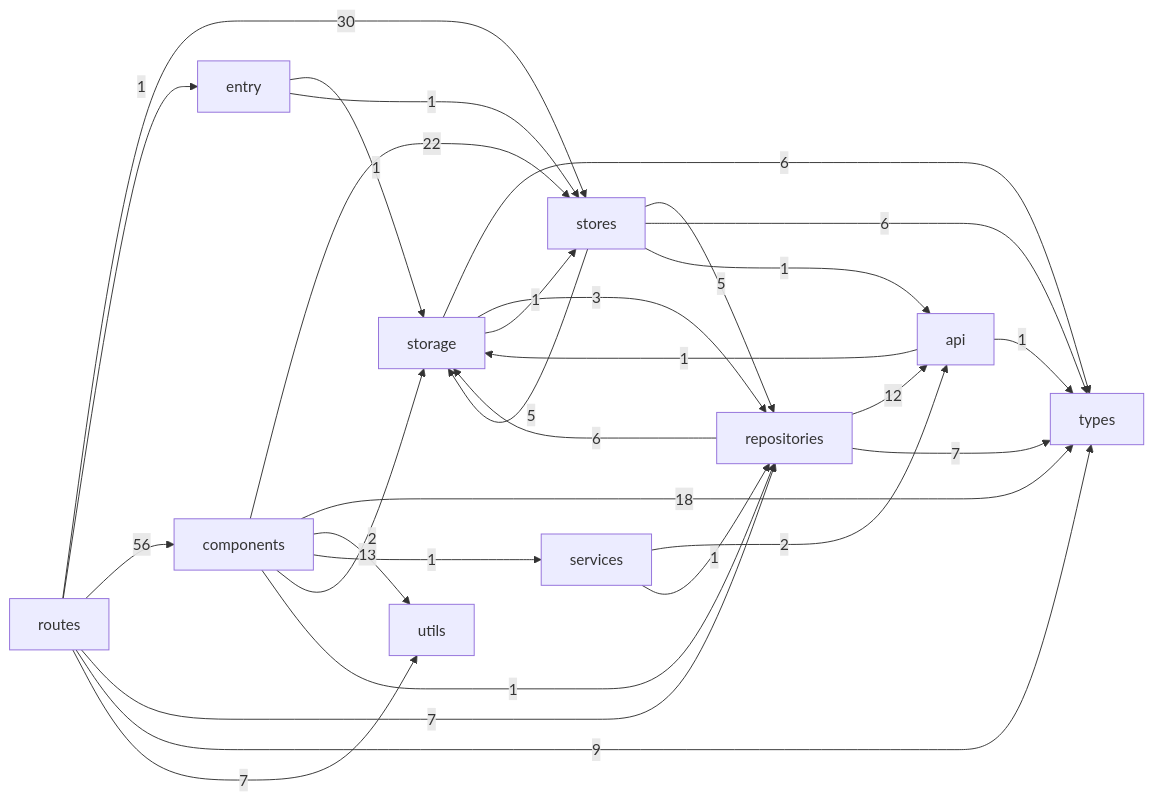
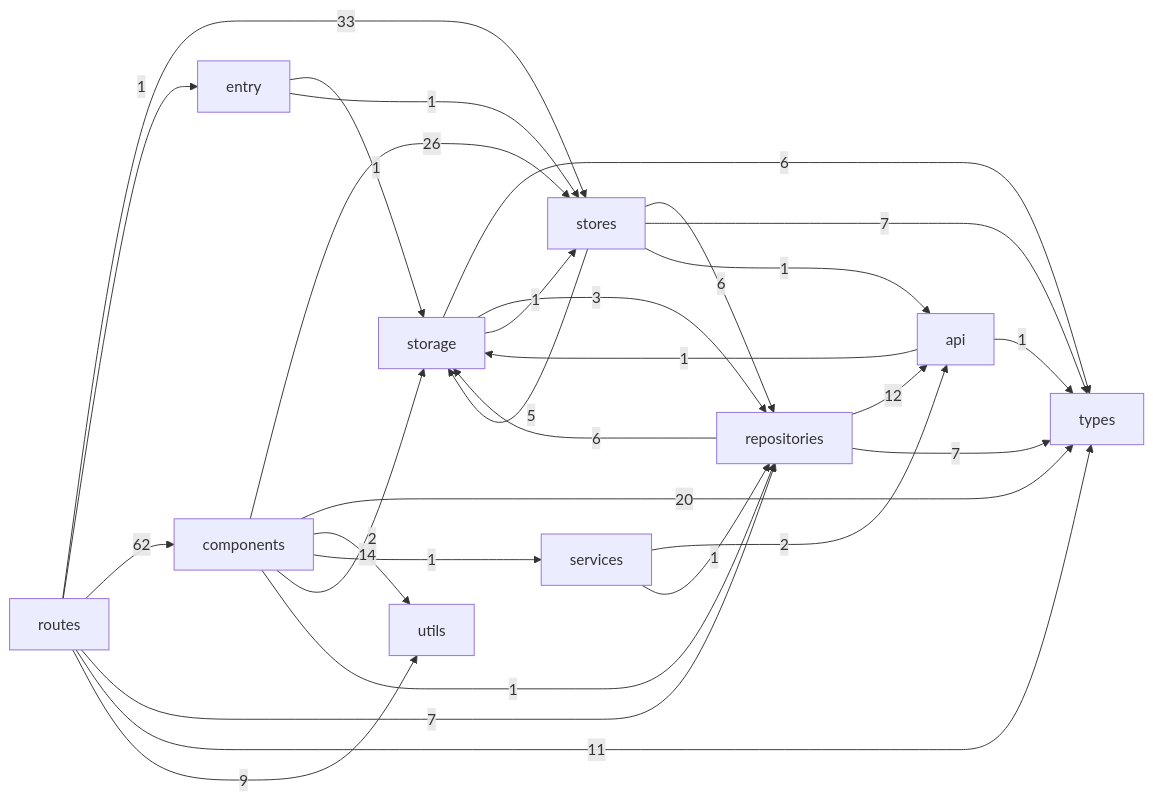
One commit to surajfale/notes-tasks changed the second of 2 diagrams in docs/CODEBASE_GRAPH.md. Above: the diagram before and after it, drawn with Mermaid. The commit also changed other lines of this file, not shown here.

Commit message:
Regenerate codebase graph after persona feature work
Reflects the new files added across both rounds of the UI persona
feature (personaCopy.js on the backend; persona.ts, viewLayout.ts,
CommandPalette, FocusShortcutHint, PersonaOnboarding, PersonaPicker,
ViewLayoutToggle on the frontend). No new layer edges or hub-file
changes — growth only.

Claude-Session: https://claude.ai/code/session_01MpJP4LsJKqEFpVXMtMxcc3

````diff
--- a/docs/CODEBASE_GRAPH.md
+++ b/docs/CODEBASE_GRAPH.md
@@ -49,31 +49,31 @@
 ```mermaid
 flowchart LR
     entry["entry"] -->|1| storage["storage"]
     entry["entry"] -->|1| stores["stores"]
     api["api"] -->|1| storage["storage"]
     api["api"] -->|1| types["types"]
-    components["components"] -->|22| stores["stores"]
-    components["components"] -->|18| types["types"]
-    components["components"] -->|13| utils["utils"]
+    components["components"] -->|26| stores["stores"]
+    components["components"] -->|20| types["types"]
+    components["components"] -->|14| utils["utils"]
     components["components"] -->|1| services["services"]
     components["components"] -->|2| storage["storage"]
     components["components"] -->|1| repositories["repositories"]
     repositories["repositories"] -->|12| api["api"]
     repositories["repositories"] -->|7| types["types"]
     repositories["repositories"] -->|6| storage["storage"]
     services["services"] -->|2| api["api"]
     services["services"] -->|1| repositories["repositories"]
     storage["storage"] -->|6| types["types"]
     storage["storage"] -->|3| repositories["repositories"]
     storage["storage"] -->|1| stores["stores"]
-    stores["stores"] -->|5| repositories["repositories"]
+    stores["stores"] -->|6| repositories["repositories"]
     stores["stores"] -->|5| storage["storage"]
-    stores["stores"] -->|6| types["types"]
+    stores["stores"] -->|7| types["types"]
     stores["stores"] -->|1| api["api"]
-    routes["routes"] -->|30| stores["stores"]
+    routes["routes"] -->|33| stores["stores"]
     routes["routes"] -->|1| entry["entry"]
-    routes["routes"] -->|56| components["components"]
+    routes["routes"] -->|62| components["components"]
     routes["routes"] -->|7| repositories["repositories"]
-    routes["routes"] -->|9| types["types"]
-    routes["routes"] -->|7| utils["utils"]
+    routes["routes"] -->|11| types["types"]
+    routes["routes"] -->|9| utils["utils"]
 ```
````
